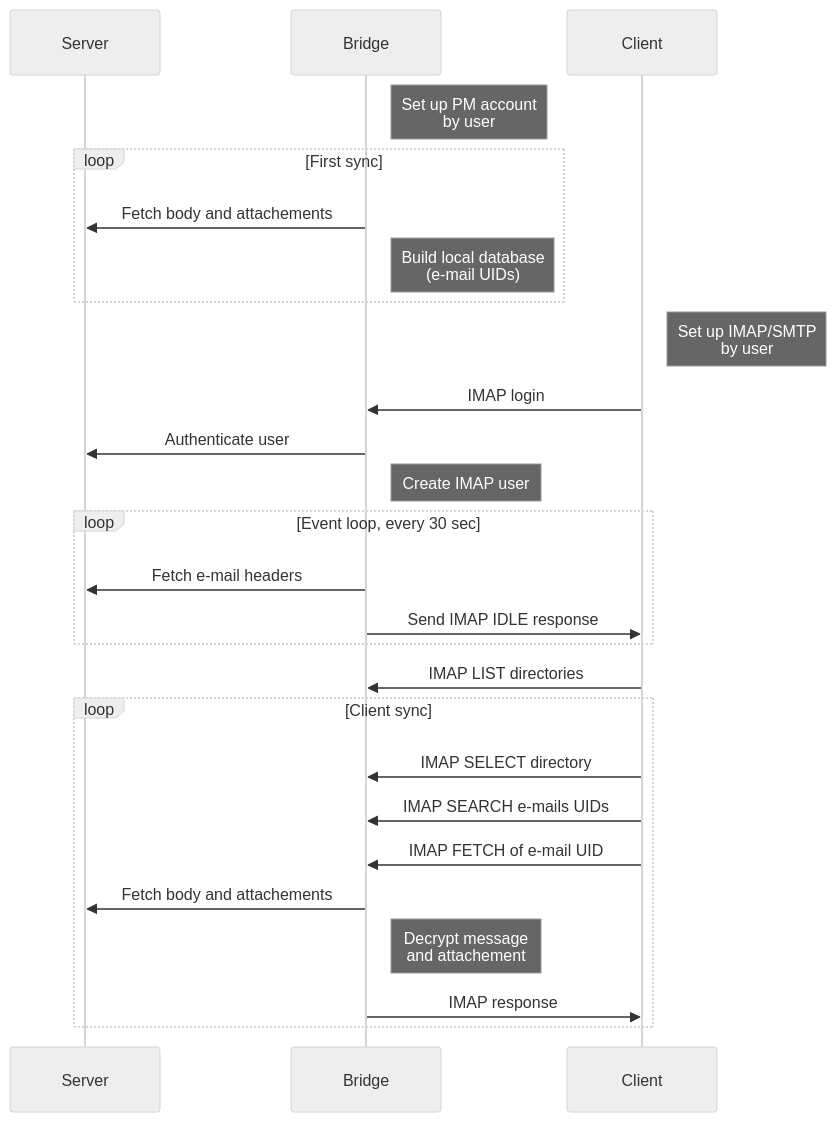
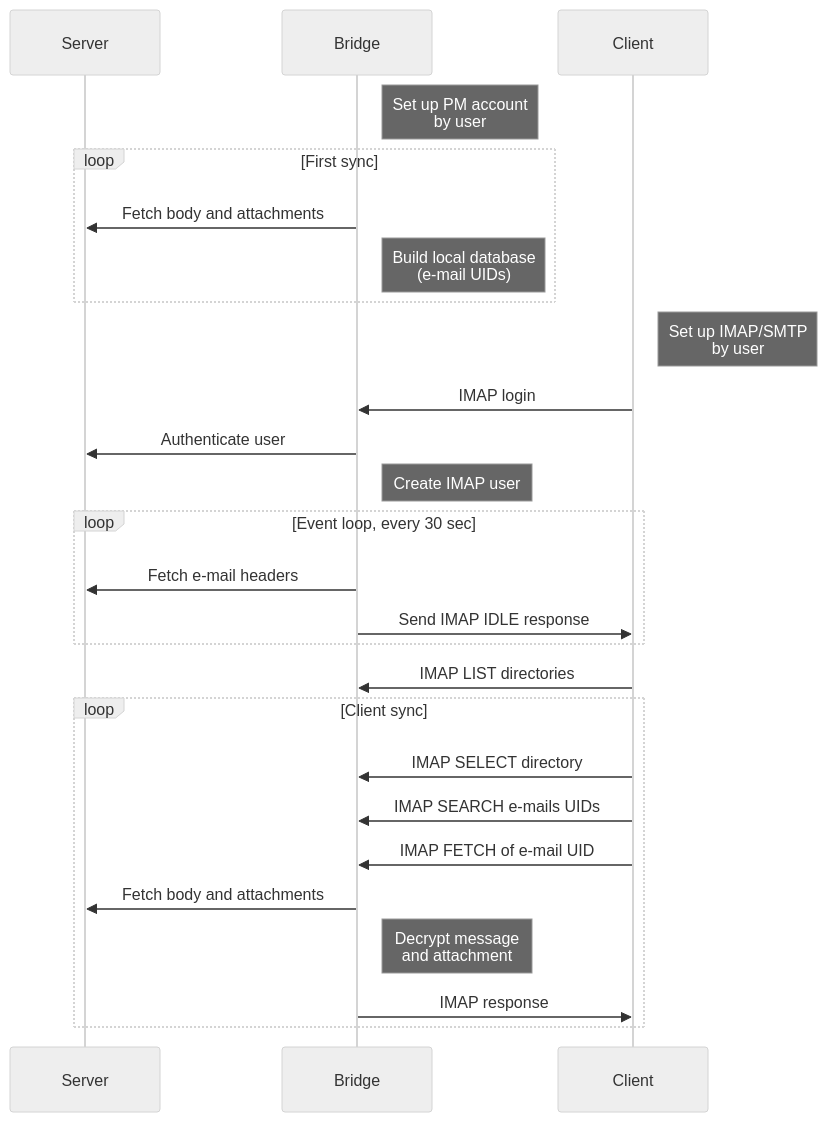
Before and after one commit to ProtonMail/proton-bridge: the first of 3 diagrams in doc/communication.md, drawn with Mermaid (neutral theme). The commit also changed other lines of this file and 22 other files, not shown here.

````diff
--- a/doc/communication.md
+++ b/doc/communication.md
@@ -31,35 +31,35 @@
 ```mermaid
 sequenceDiagram
     participant S as Server
     participant B as Bridge
     participant C as Client
 
     Note right of B: Set up PM account<br/>by user
 
     loop First sync
-        B ->> S: Fetch body and attachements
+        B ->> S: Fetch body and attachments
         Note right of B: Build local database<br/>(e-mail UIDs)
     end
 
     Note right of C: Set up IMAP/SMTP<br/>by user
 
     C ->> B: IMAP login
     B ->> S: Authenticate user
     Note right of B: Create IMAP user
 
     loop Event loop, every 30 sec
         B ->> S: Fetch e-mail headers
         B ->> C: Send IMAP IDLE response
     end
 
     C ->> B: IMAP LIST directories
 
     loop Client sync
         C ->> B: IMAP SELECT directory
         C ->> B: IMAP SEARCH e-mails UIDs
         C ->> B: IMAP FETCH of e-mail UID
-        B ->> S: Fetch body and attachements
-        Note right of B: Decrypt message<br/>and attachement
+        B ->> S: Fetch body and attachments
+        Note right of B: Decrypt message<br/>and attachment
         B ->> C: IMAP response
     end
 ```
````
